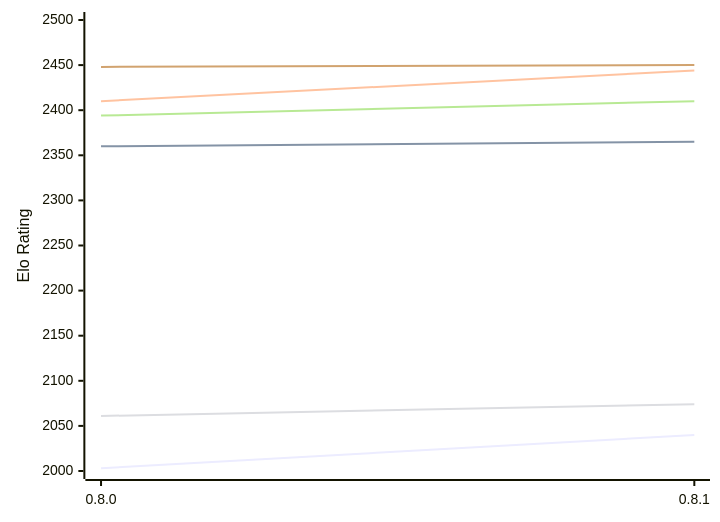
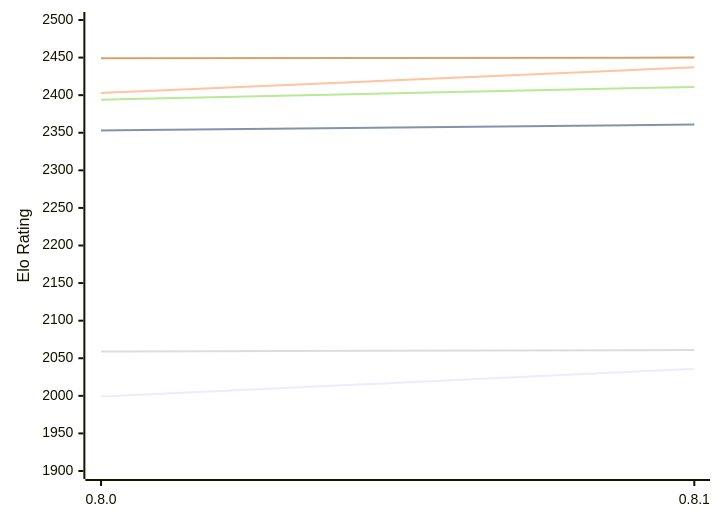
The diagram in engines/LittleWing.md (computer-chess-index/cci), drawn with Mermaid before and after one commit. The commit also changed other lines of this file, not shown here.

Commit message:
Update CCI Ratings (ELO VLTC) - 2026-11-09

````diff
--- a/engines/LittleWing.md
+++ b/engines/LittleWing.md
@@ -49,12 +49,12 @@
 ```mermaid
 %%{init: {"theme":"base","themeVariables":{"seriesColors:['#a3a3a3','#222221','#faa371']}}}%%
 xychart-beta
   x-axis ["0.8.0", "0.8.1"]
-  y-axis "Elo Rating" 2000 --> 2500
-  line "E1: STC (8.0+0.08s)" [2003, 2040]
-  line "E1: LTC (60.0+0.60s)" [2360, 2365]
-  line "E1: VLTC (2m24s+1.12s)" [2410, 2444]
-  line "P1: STC (8.0+0.08s)" [2061, 2074]
-  line "P1: LTC (60.0+0.60s)" [2394, 2410]
-  line "P1: VLTC (2m24s+1.12s)" [2448, 2450]
+  y-axis "Elo Rating" 1900 --> 2500
+  line "E1: STC (8.0+0.08s)" [1999, 2036]
+  line "E1: LTC (60.0+0.60s)" [2353, 2361]
+  line "E1: VLTC (2m24s+1.12s)" [2403, 2437]
+  line "P1: STC (8.0+0.08s)" [2059, 2061]
+  line "P1: LTC (60.0+0.60s)" [2394, 2411]
+  line "P1: VLTC (2m24s+1.12s)" [2449, 2450]
 ```
````
